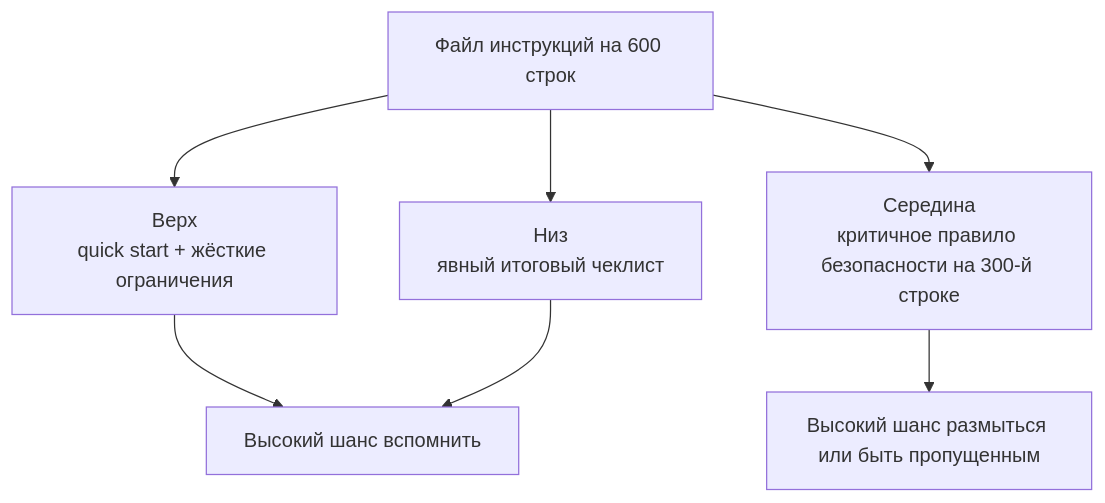
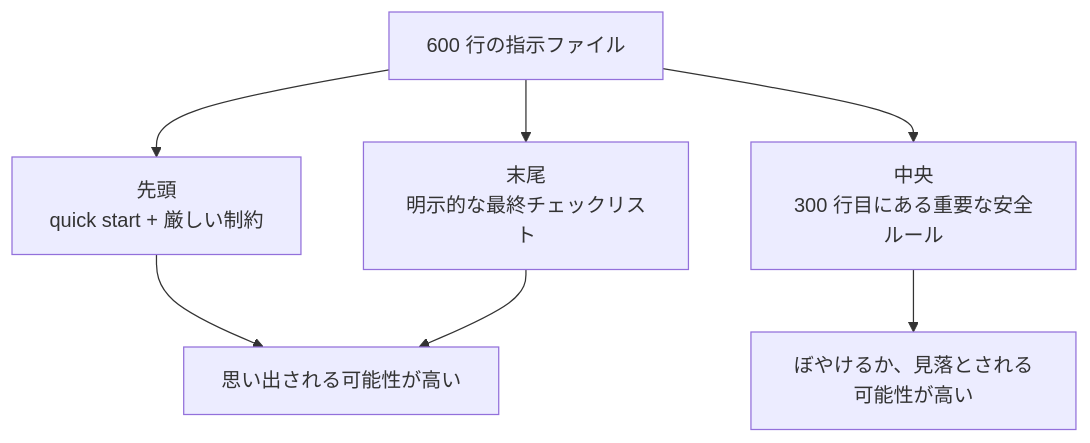
Before and after one commit to mkusaka/learn-harness-engineering: the second of 2 diagrams in docs/ru/lectures/lecture-04-why-one-giant-instruction-file-fails/index.md, drawn with Mermaid. The commit also changed other lines of this file and 571 other files, not shown here.

````diff
--- a/docs/ru/lectures/lecture-04-why-one-giant-instruction-file-fails/index.md
+++ b/docs/ru/lectures/lecture-04-why-one-giant-instruction-file-fails/index.md
@@ -48,9 +48,9 @@
 ```mermaid
 flowchart TB
-    File["Файл инструкций на 600 строк"] --> Top["Верх<br/>quick start + жёсткие ограничения"]
-    File --> Mid["Середина<br/>критичное правило безопасности на 300-й строке"]
-    File --> Bot["Низ<br/>явный итоговый чеклист"]
-    Top --> Seen["Высокий шанс вспомнить"]
+    File["600 行の指示ファイル"] --> Top["先頭<br/>quick start + 厳しい制約"]
+    File --> Mid["中央<br/>300 行目にある重要な安全ルール"]
+    File --> Bot["末尾<br/>明示的な最終チェックリスト"]
+    Top --> Seen["思い出される可能性が高い"]
     Bot --> Seen
-    Mid --> Missed["Высокий шанс размыться или быть пропущенным"]
+    Mid --> Missed["ぼやけるか、見落とされる可能性が高い"]
 ```
````
